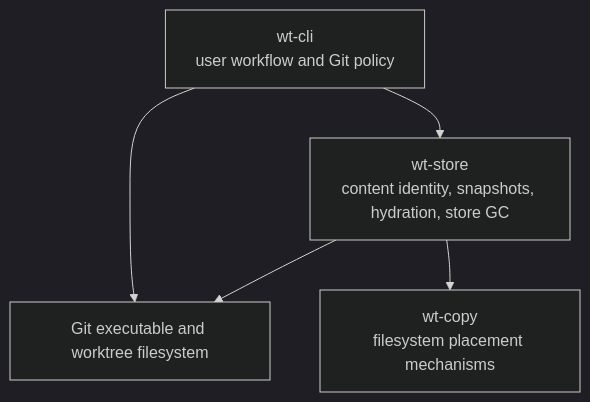
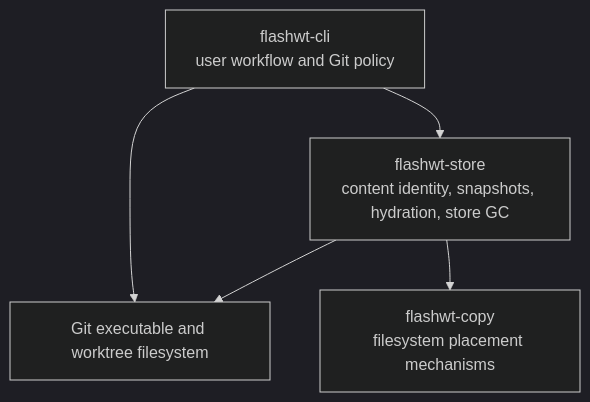
Before and after one commit to sharzilnfz/Flash-WT: the diagram in docs/review.md, drawn with Mermaid (dark theme). The commit also changed other lines of this file and 358 other files, not shown here.

Commit message:
Rebrand project to Flash-WT and CLI to flashwt, remove all comments

````diff
--- a/docs/review.md
+++ b/docs/review.md
@@ -223,12 +223,12 @@
 ```mermaid
 flowchart TD
-    CLI[wt-cli<br/>user workflow and Git policy]
-    STORE[wt-store<br/>content identity, snapshots, hydration, store GC]
-    COPY[wt-copy<br/>filesystem placement mechanisms]
+    CLI[flashwt-cli<br/>user workflow and Git policy]
+    STORE[flashwt-store<br/>content identity, snapshots, hydration, store GC]
+    COPY[flashwt-copy<br/>filesystem placement mechanisms]
     GIT[Git executable and worktree filesystem]
 
     CLI --> GIT
     CLI --> STORE
     STORE --> COPY
     STORE --> GIT
 ```
````
